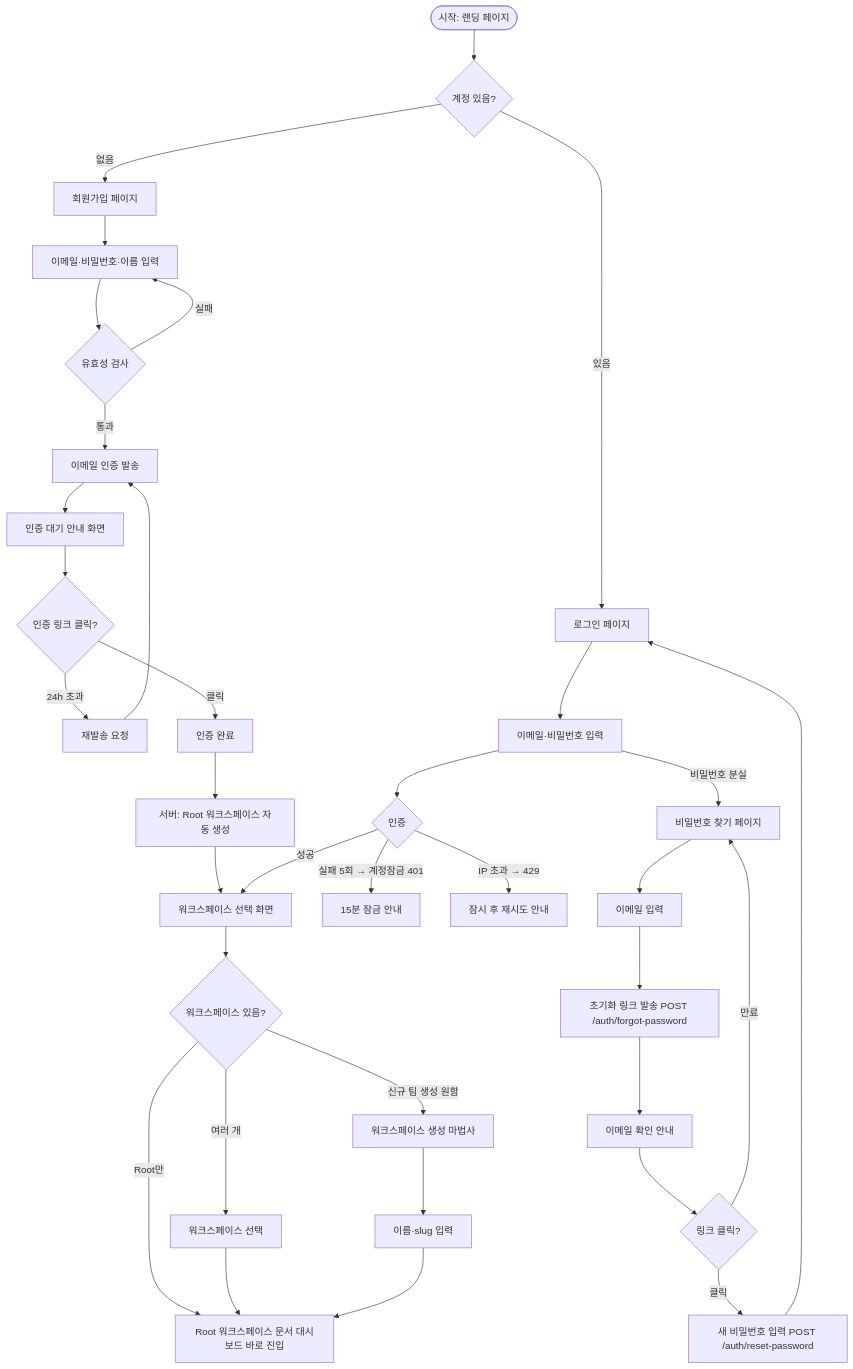
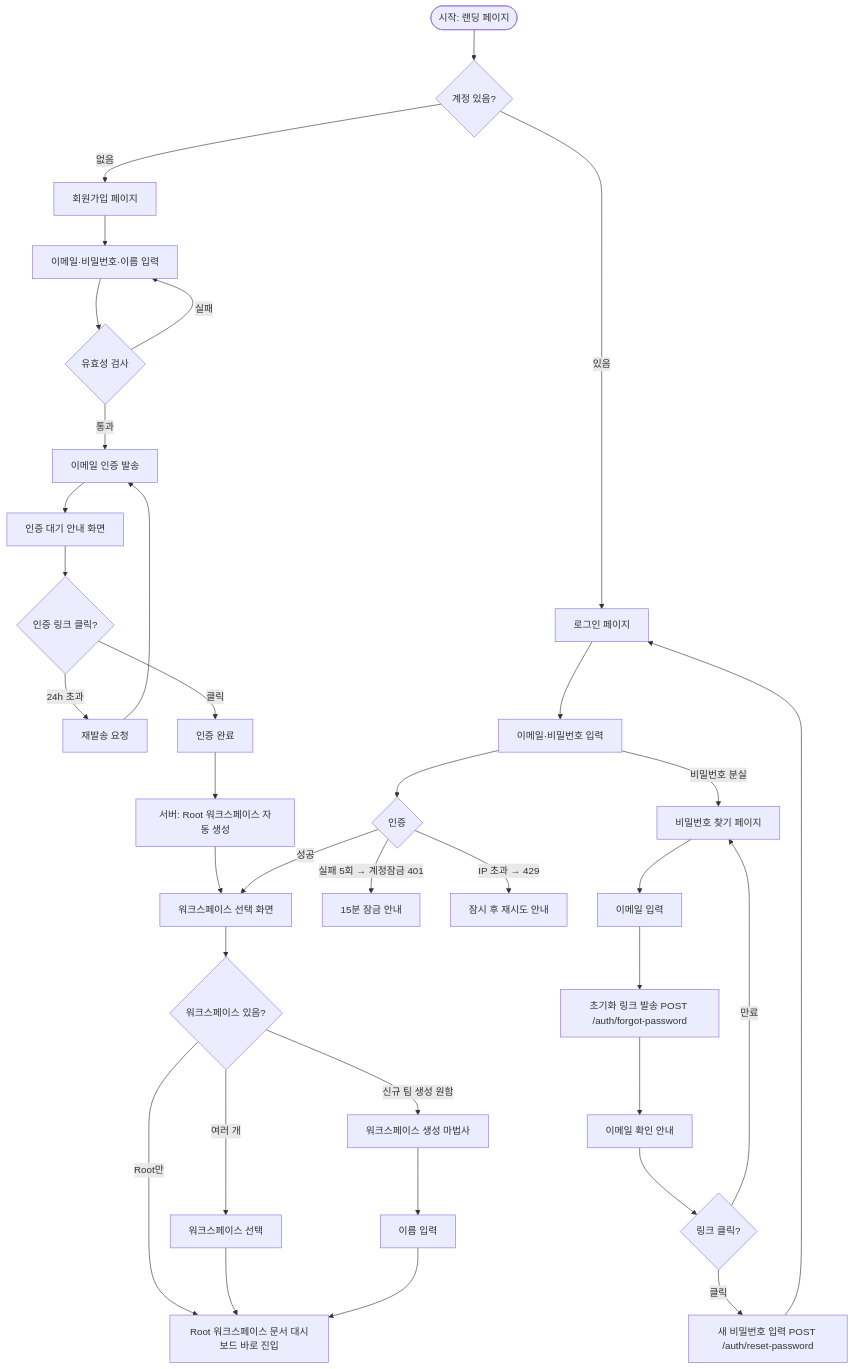
The third of 13 diagrams in docs/003_user-flow_v1_2.md (claude-code-expert/markflow), drawn with Mermaid before and after one commit. The commit also changed 145 other files, not shown here.

````diff
--- a/docs/003_user-flow_v1_2.md
+++ b/docs/003_user-flow_v1_2.md
@@ -113,42 +113,42 @@
 ```mermaid
 flowchart TD
     A([시작: 랜딩 페이지]) --> B{계정 있음?}
     B -- 없음 --> C[회원가입 페이지]
     B -- 있음 --> L[로그인 페이지]
 
     C --> C1[이메일·비밀번호·이름 입력]
     C1 --> C2{유효성 검사}
     C2 -- 실패 --> C1
     C2 -- 통과 --> C3[이메일 인증 발송]
     C3 --> C4[인증 대기 안내 화면]
     C4 --> C5{인증 링크 클릭?}
     C5 -- 24h 초과 --> C6[재발송 요청] --> C3
     C5 -- 클릭 --> C7[인증 완료]
     C7 --> C8[서버: Root 워크스페이스 자동 생성]
     C8 --> W1
 
     L --> L1[이메일·비밀번호 입력]
     L1 --> L2{인증}
     L2 -- 실패 5회 → 계정잠금 401 --> L3[15분 잠금 안내]
     L2 -- IP 초과 → 429 --> L4[잠시 후 재시도 안내]
     L2 -- 성공 --> W1
     L1 -- 비밀번호 분실 --> PW1
 
     PW1[비밀번호 찾기 페이지]
     PW1 --> PW2[이메일 입력]
     PW2 --> PW3[초기화 링크 발송 POST /auth/forgot-password]
     PW3 --> PW4[이메일 확인 안내]
     PW4 --> PW5{링크 클릭?}
     PW5 -- 만료 --> PW1
     PW5 -- 클릭 --> PW6[새 비밀번호 입력 POST /auth/reset-password]
     PW6 --> L
 
     W1[워크스페이스 선택 화면]
     W1 --> W2{워크스페이스 있음?}
     W2 -- Root만 --> D[Root 워크스페이스 문서 대시보드 바로 진입]
     W2 -- 여러 개 --> W3[워크스페이스 선택]
     W3 --> D
     W2 -- 신규 팀 생성 원함 --> W4[워크스페이스 생성 마법사]
-    W4 --> W5[이름·slug 입력]
+    W4 --> W5[이름 입력]
     W5 --> D
 ```
````
